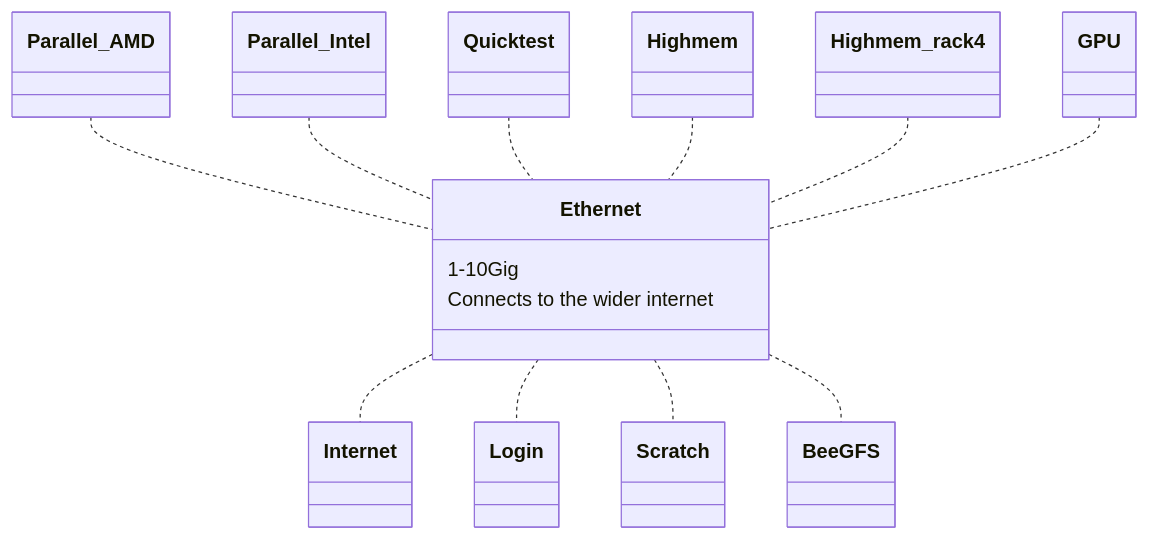
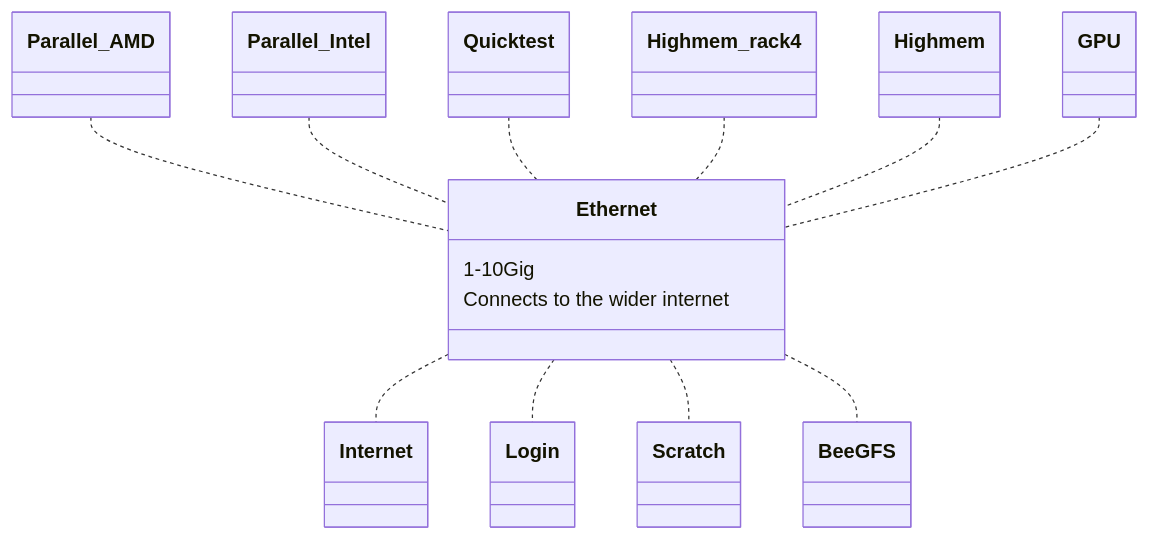
The second of 3 diagrams in docs/hpclayout.md (vuw-research-computing/raapoi-docs), drawn with Mermaid before and after one commit. The commit also changed other lines of this file, not shown here.

Commit message:
Reordered to keep order the same across diagrams

````diff
--- a/docs/hpclayout.md
+++ b/docs/hpclayout.md
@@ -114,36 +114,36 @@
 ```mermaid
 classDiagram
     Parallel_AMD .. Ethernet
     Parallel_Intel .. Ethernet
     Quicktest .. Ethernet
+    Highmem_rack4 .. Ethernet
     Highmem .. Ethernet
-    Highmem_rack4 .. Ethernet
     GPU .. Ethernet
     Ethernet .. Internet
     Ethernet .. Login
     Ethernet .. Scratch
     Ethernet .. BeeGFS
     
     class Ethernet{
         1-10Gig
         Connects to the wider internet
     }
         class Scratch {
     }
     class BeeGFS {
     }
     class Login {
     }
     class Parallel_AMD {
     }
     class Parallel_Intel{
     }
     class Quicktest{
     }
     class Highmem{
     }
     class Highmem_rack4{
     }
    class GPU{ 
     }
 ```
````
